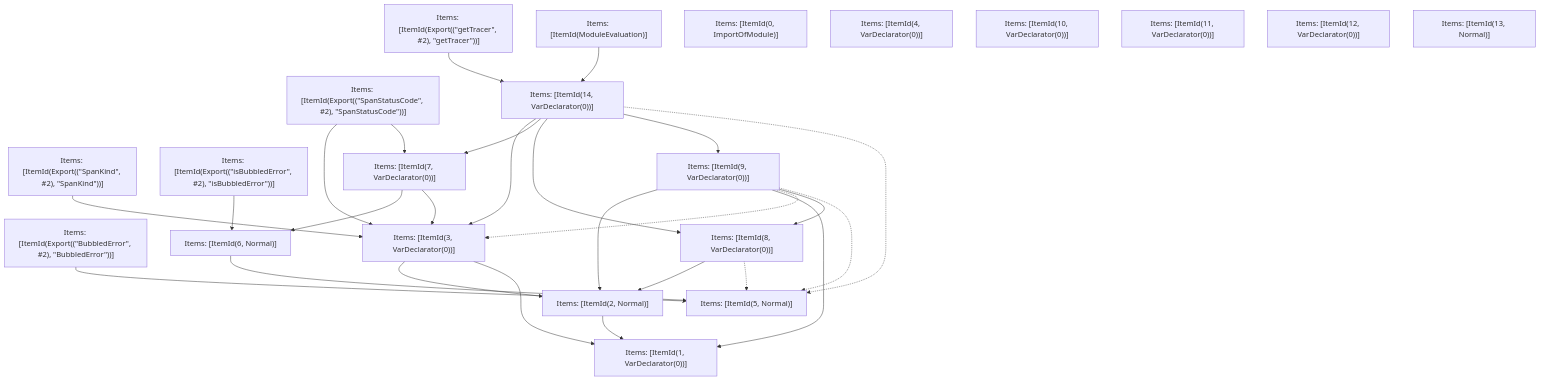
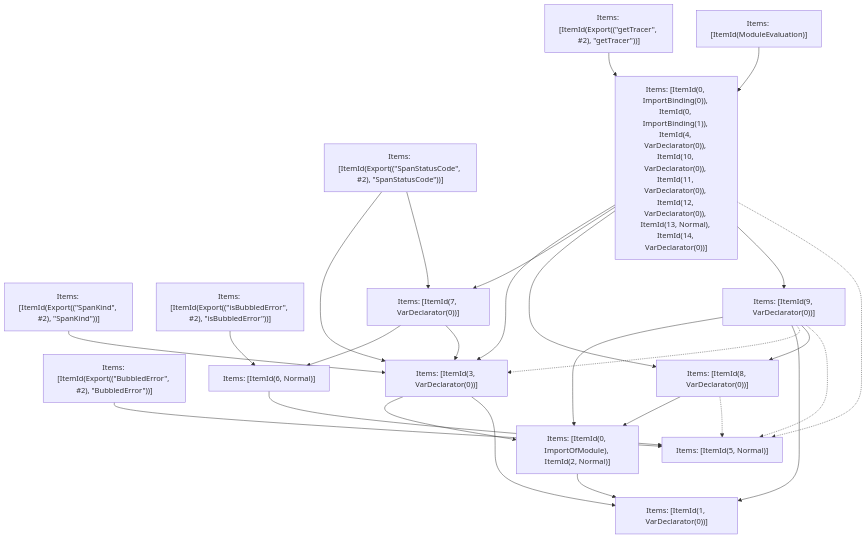
Before and after one commit to Sonar-UX-Testing-FreePlan/next.js: the fifth of 5 diagrams in turbopack/crates/turbopack-ecmascript/tests/tree-shaker/analyzer/nextjs-tracer/output.md, drawn with Mermaid. The commit also changed other lines of this file and 38 other files, not shown here.

````diff
--- a/turbopack/crates/turbopack-ecmascript/tests/tree-shaker/analyzer/nextjs-tracer/output.md
+++ b/turbopack/crates/turbopack-ecmascript/tests/tree-shaker/analyzer/nextjs-tracer/output.md
@@ -597,49 +597,43 @@
 ```mermaid
 graph TD
     N0["Items: [ItemId(ModuleEvaluation)]"];
     N1["Items: [ItemId(Export((&quot;BubbledError&quot;, #2), &quot;BubbledError&quot;))]"];
     N2["Items: [ItemId(Export((&quot;SpanKind&quot;, #2), &quot;SpanKind&quot;))]"];
     N3["Items: [ItemId(Export((&quot;SpanStatusCode&quot;, #2), &quot;SpanStatusCode&quot;))]"];
     N4["Items: [ItemId(Export((&quot;getTracer&quot;, #2), &quot;getTracer&quot;))]"];
     N5["Items: [ItemId(Export((&quot;isBubbledError&quot;, #2), &quot;isBubbledError&quot;))]"];
-    N6["Items: [ItemId(1, VarDeclarator(0))]"];
-    N7["Items: [ItemId(2, Normal)]"];
-    N8["Items: [ItemId(3, VarDeclarator(0))]"];
-    N9["Items: [ItemId(5, Normal)]"];
-    N10["Items: [ItemId(6, Normal)]"];
-    N11["Items: [ItemId(7, VarDeclarator(0))]"];
-    N12["Items: [ItemId(8, VarDeclarator(0))]"];
-    N13["Items: [ItemId(9, VarDeclarator(0))]"];
-    N14["Items: [ItemId(14, VarDeclarator(0))]"];
-    N15["Items: [ItemId(0, ImportOfModule)]"];
-    N16["Items: [ItemId(4, VarDeclarator(0))]"];
-    N17["Items: [ItemId(10, VarDeclarator(0))]"];
-    N18["Items: [ItemId(11, VarDeclarator(0))]"];
-    N19["Items: [ItemId(12, VarDeclarator(0))]"];
-    N20["Items: [ItemId(13, Normal)]"];
-    N7 --> N6;
-    N10 --> N9;
-    N8 --> N7;
-    N8 --> N6;
+    N6["Items: [ItemId(0, ImportOfModule), ItemId(2, Normal)]"];
+    N7["Items: [ItemId(0, ImportBinding(0)), ItemId(0, ImportBinding(1)), ItemId(4, VarDeclarator(0)), ItemId(10, VarDeclarator(0)), ItemId(11, VarDeclarator(0)), ItemId(12, VarDeclarator(0)), ItemId(13, Normal), ItemId(14, VarDeclarator(0))]"];
+    N8["Items: [ItemId(1, VarDeclarator(0))]"];
+    N9["Items: [ItemId(3, VarDeclarator(0))]"];
+    N10["Items: [ItemId(5, Normal)]"];
+    N11["Items: [ItemId(6, Normal)]"];
+    N12["Items: [ItemId(7, VarDeclarator(0))]"];
+    N13["Items: [ItemId(8, VarDeclarator(0))]"];
+    N14["Items: [ItemId(9, VarDeclarator(0))]"];
+    N6 --> N8;
     N11 --> N10;
-    N11 --> N8;
-    N12 --> N7;
-    N12 -.-> N9;
-    N13 --> N7;
+    N9 --> N6;
+    N9 --> N8;
+    N12 --> N11;
+    N12 --> N9;
     N13 --> N6;
-    N13 -.-> N8;
-    N13 --> N12;
-    N13 -.-> N9;
-    N2 --> N8;
+    N13 -.-> N10;
+    N14 --> N6;
     N14 --> N8;
-    N1 --> N9;
-    N14 --> N11;
-    N5 --> N10;
-    N14 --> N12;
+    N14 -.-> N9;
     N14 --> N13;
-    N3 --> N8;
-    N4 --> N14;
-    N3 --> N11;
-    N0 --> N14;
-    N14 -.-> N9;
+    N14 -.-> N10;
+    N2 --> N9;
+    N7 --> N9;
+    N1 --> N10;
+    N7 --> N12;
+    N5 --> N11;
+    N7 --> N13;
+    N7 --> N14;
+    N3 --> N9;
+    N4 --> N7;
+    N3 --> N12;
+    N0 --> N7;
+    N7 -.-> N10;
 ```
````
